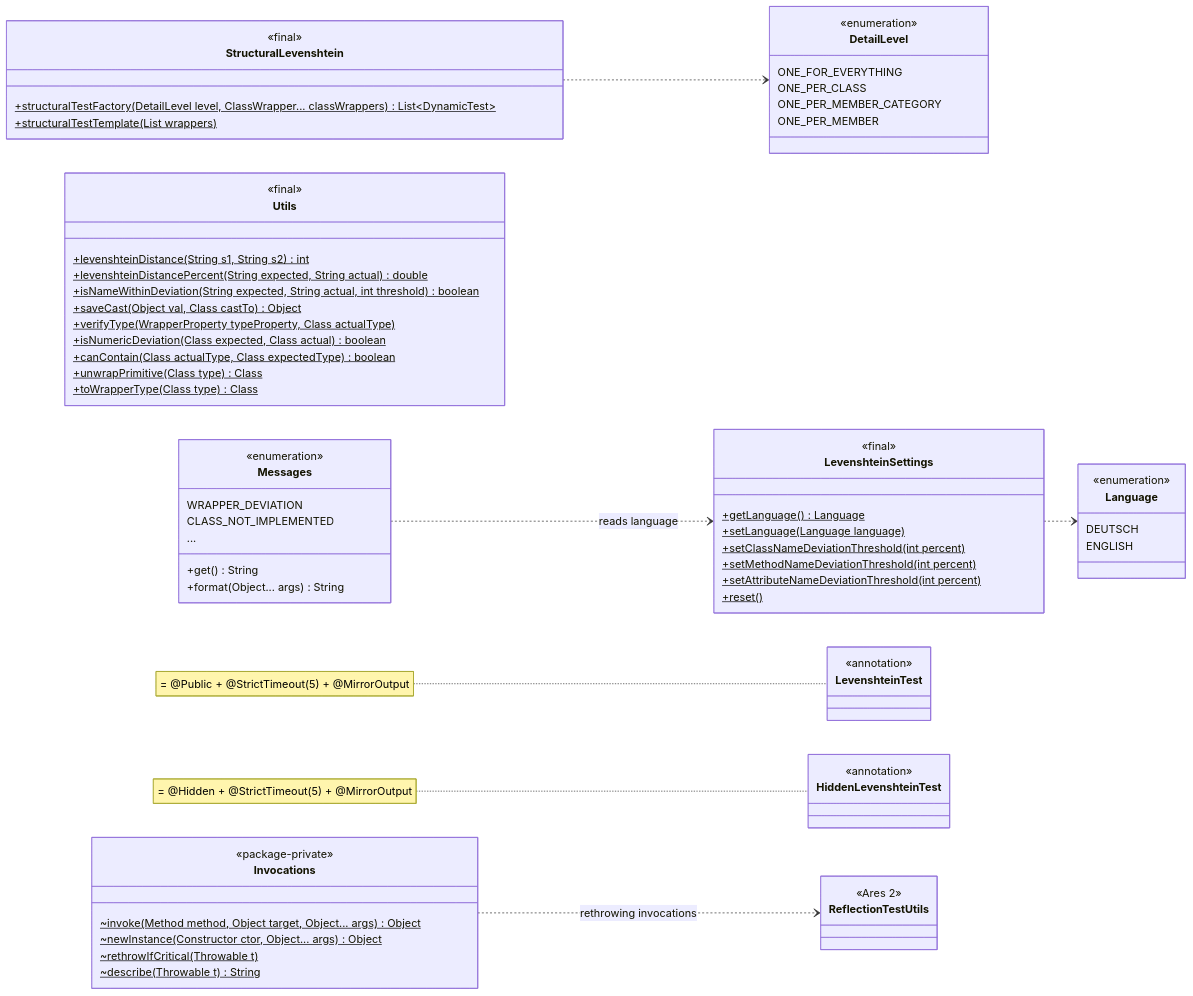
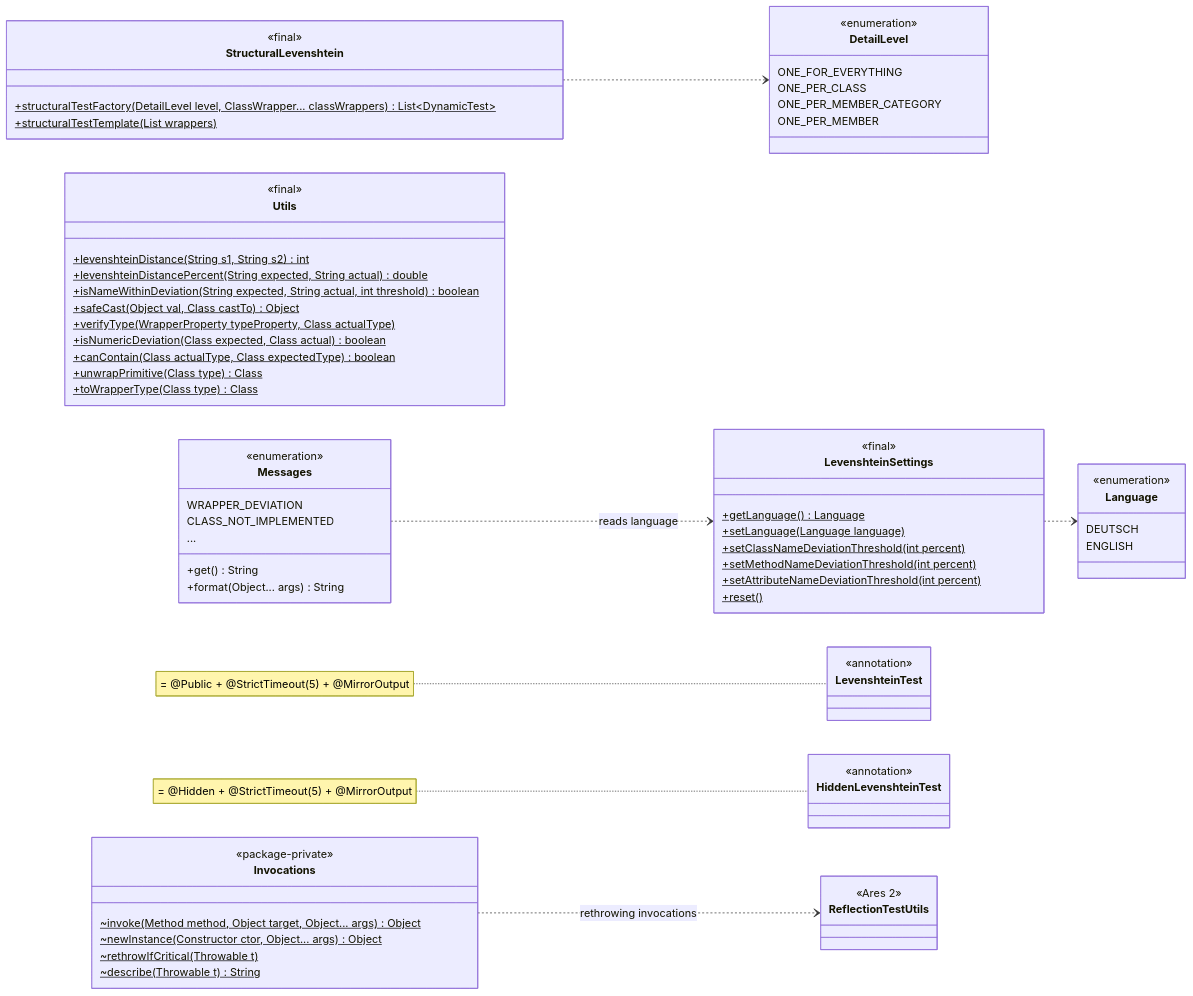
The third of 4 diagrams in docs/architecture.md (ValentinHerrmann/Levenshtein-Testing-Framework), drawn with Mermaid before and after one commit. The commit also changed other lines of this file and 39 other files, not shown here.

````diff
--- a/docs/architecture.md
+++ b/docs/architecture.md
@@ -207,74 +207,74 @@
 ```mermaid
 classDiagram
     direction LR
     class StructuralLevenshtein {
         <<final>>
         +structuralTestFactory(DetailLevel level, ClassWrapper... classWrappers)$ List~DynamicTest~
         +structuralTestTemplate(List wrappers)$
     }
     class DetailLevel {
         <<enumeration>>
         ONE_FOR_EVERYTHING
         ONE_PER_CLASS
         ONE_PER_MEMBER_CATEGORY
         ONE_PER_MEMBER
     }
     class Utils {
         <<final>>
         +levenshteinDistance(String s1, String s2)$ int
         +levenshteinDistancePercent(String expected, String actual)$ double
         +isNameWithinDeviation(String expected, String actual, int threshold)$ boolean
-        +saveCast(Object val, Class castTo)$ Object
+        +safeCast(Object val, Class castTo)$ Object
         +verifyType(WrapperProperty typeProperty, Class actualType)$
         +isNumericDeviation(Class expected, Class actual)$ boolean
         +canContain(Class actualType, Class expectedType)$ boolean
         +unwrapPrimitive(Class type)$ Class
         +toWrapperType(Class type)$ Class
     }
     class LevenshteinSettings {
         <<final>>
         +getLanguage()$ Language
         +setLanguage(Language language)$
         +setClassNameDeviationThreshold(int percent)$
         +setMethodNameDeviationThreshold(int percent)$
         +setAttributeNameDeviationThreshold(int percent)$
         +reset()$
     }
     class Language {
         <<enumeration>>
         DEUTSCH
         ENGLISH
     }
     class Messages {
         <<enumeration>>
         WRAPPER_DEVIATION
         CLASS_NOT_IMPLEMENTED
         ...
         +get() String
         +format(Object... args) String
     }
     class Invocations {
         <<package-private>>
         ~invoke(Method method, Object target, Object... args)$ Object
         ~newInstance(Constructor ctor, Object... args)$ Object
         ~rethrowIfCritical(Throwable t)$
         ~describe(Throwable t)$ String
     }
     class LevenshteinTest {
         <<annotation>>
     }
     class HiddenLevenshteinTest {
         <<annotation>>
     }
     class ReflectionTestUtils {
         <<Ares 2>>
     }
 
     StructuralLevenshtein ..> DetailLevel
     LevenshteinSettings ..> Language
     Messages ..> LevenshteinSettings : reads language
     Invocations ..> ReflectionTestUtils : rethrowing invocations
 
     note for LevenshteinTest "= @Public + @StrictTimeout(5) + @MirrorOutput"
     note for HiddenLevenshteinTest "= @Hidden + @StrictTimeout(5) + @MirrorOutput"
 ```
````
